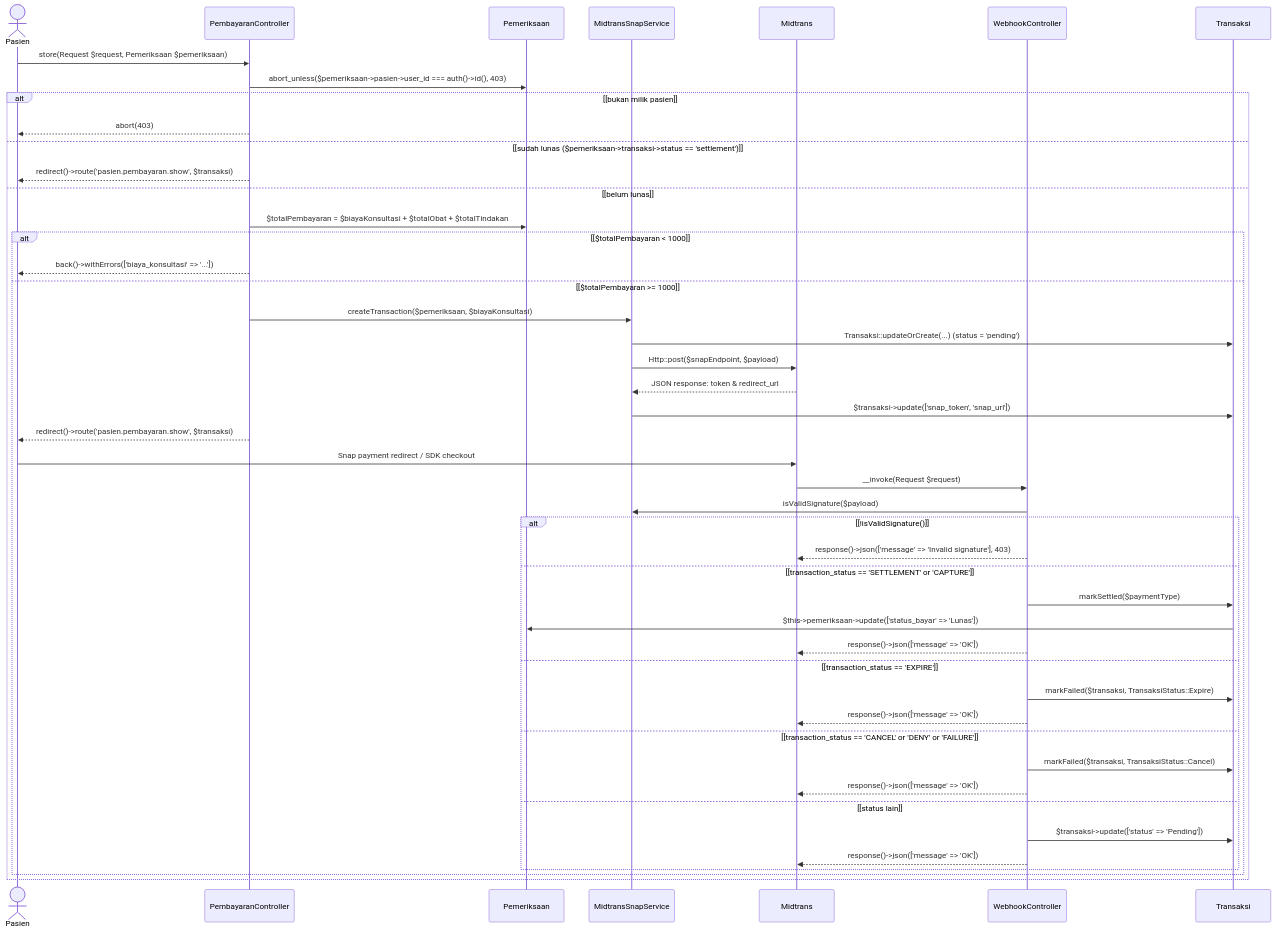
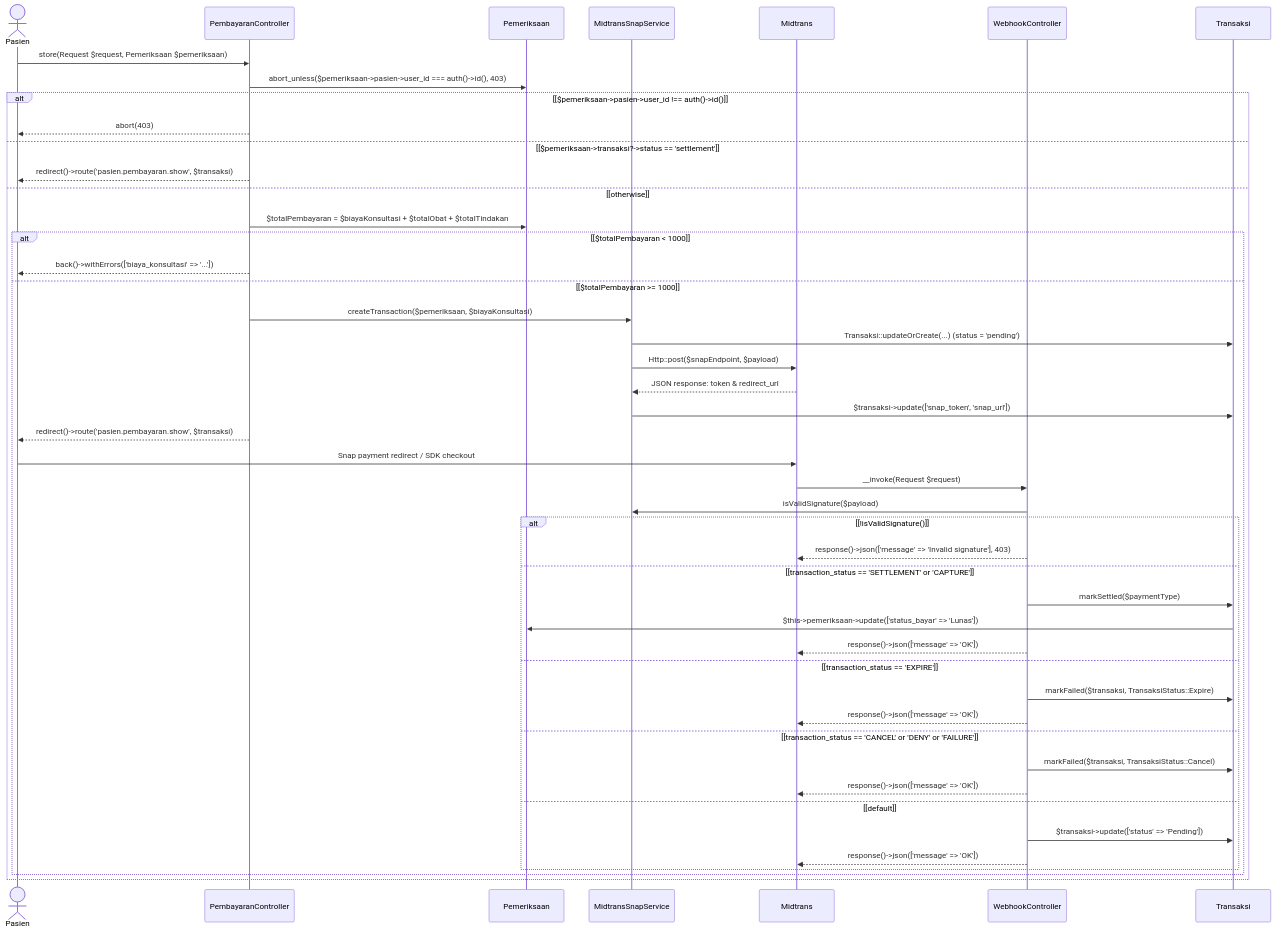
Before and after one commit to Faathir81/Sistem-Informasi-Klinik: the fifth of 7 diagrams in dokumentasi/spesifikasi-proyek/sequence-diagrams.md, drawn with Mermaid. The commit also changed other lines of this file, not shown here.

Commit message:
docs: finalize sequence diagrams by converting all remaining logical conditional labels to technical expressions

````diff
--- a/dokumentasi/spesifikasi-proyek/sequence-diagrams.md
+++ b/dokumentasi/spesifikasi-proyek/sequence-diagrams.md
@@ -152,49 +152,49 @@
 ```mermaid
 sequenceDiagram
     actor Pasien
     participant Controller as PembayaranController
     participant Pemeriksaan
     participant Snap as MidtransSnapService
     participant Midtrans
     participant Webhook as WebhookController
     participant Transaksi
 
     Pasien->>Controller: store(Request $request, Pemeriksaan $pemeriksaan)
     Controller->>Pemeriksaan: abort_unless($pemeriksaan->pasien->user_id === auth()->id(), 403)
-    alt [bukan milik pasien]
+    alt [$pemeriksaan->pasien->user_id !== auth()->id()]
         Controller-->>Pasien: abort(403)
-    else [sudah lunas ($pemeriksaan->transaksi->status == 'settlement')]
+    else [$pemeriksaan->transaksi?->status == 'settlement']
         Controller-->>Pasien: redirect()->route('pasien.pembayaran.show', $transaksi)
-    else [belum lunas]
+    else [otherwise]
         Controller->>Pemeriksaan: $totalPembayaran = $biayaKonsultasi + $totalObat + $totalTindakan
         alt [$totalPembayaran < 1000]
             Controller-->>Pasien: back()->withErrors(['biaya_konsultasi' => '...'])
         else [$totalPembayaran >= 1000]
             Controller->>Snap: createTransaction($pemeriksaan, $biayaKonsultasi)
             Snap->>Transaksi: Transaksi::updateOrCreate(...) (status = 'pending')
             Snap->>Midtrans: Http::post($snapEndpoint, $payload)
             Midtrans-->>Snap: JSON response: token & redirect_url
             Snap->>Transaksi: $transaksi->update(['snap_token', 'snap_url'])
             Controller-->>Pasien: redirect()->route('pasien.pembayaran.show', $transaksi)
             Pasien->>Midtrans: Snap payment redirect / SDK checkout
             Midtrans->>Webhook: __invoke(Request $request)
             Webhook->>Snap: isValidSignature($payload)
             alt [!isValidSignature()]
                 Webhook-->>Midtrans: response()->json(['message' => 'Invalid signature'], 403)
             else [transaction_status == 'SETTLEMENT' or 'CAPTURE']
                 Webhook->>Transaksi: markSettled($paymentType)
                 Transaksi->>Pemeriksaan: $this->pemeriksaan->update(['status_bayar' => 'Lunas'])
                 Webhook-->>Midtrans: response()->json(['message' => 'OK'])
             else [transaction_status == 'EXPIRE']
                 Webhook->>Transaksi: markFailed($transaksi, TransaksiStatus::Expire)
                 Webhook-->>Midtrans: response()->json(['message' => 'OK'])
             else [transaction_status == 'CANCEL' or 'DENY' or 'FAILURE']
                 Webhook->>Transaksi: markFailed($transaksi, TransaksiStatus::Cancel)
                 Webhook-->>Midtrans: response()->json(['message' => 'OK'])
-            else [status lain]
+            else [default]
                 Webhook->>Transaksi: $transaksi->update(['status' => 'Pending'])
                 Webhook-->>Midtrans: response()->json(['message' => 'OK'])
             end
         end
     end
 ```
````
